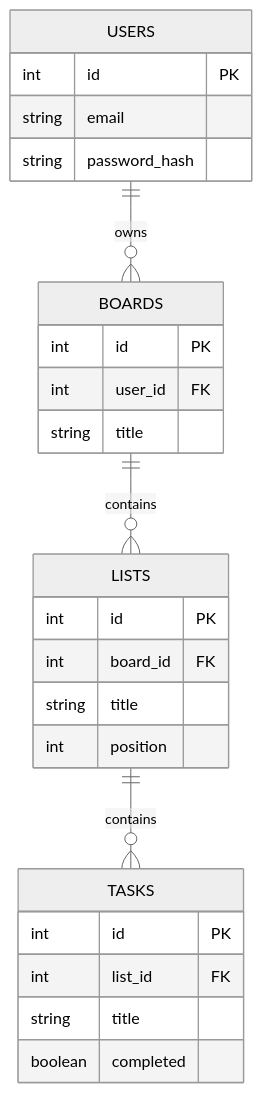
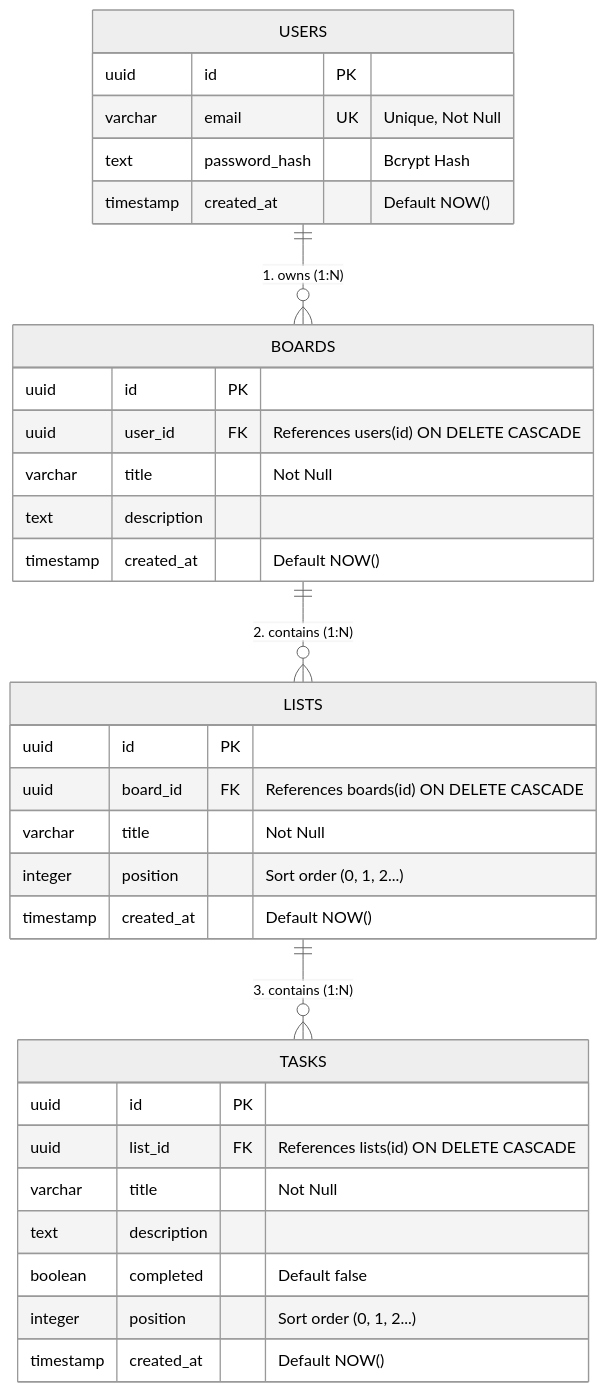
Before and after one commit to ajibolagenius/LagosDataSchool: the first of 2 diagrams in full_stack_development_class_notes/Week 16_ PostgreSQL & Drizzle ORM.md, drawn with Mermaid (neutral theme). The commit also changed other lines of this file and 3 other files, not shown here.

Commit message:
docs: enrich Module 4 (Weeks 15-18) notes with Node.js layered architecture, PostgreSQL Drizzle ORM, auth security, Zod validation, and Supertest integration tests

````diff
--- a/full_stack_development_class_notes/Week 16_ PostgreSQL & Drizzle ORM.md
+++ b/full_stack_development_class_notes/Week 16_ PostgreSQL & Drizzle ORM.md
@@ -15,28 +24,39 @@
 ```mermaid
 erDiagram
-    USERS ||--o{ BOARDS : owns
-    BOARDS ||--o{ LISTS : contains
-    LISTS ||--o{ TASKS : contains
+    USERS ||--o{ BOARDS : "1. owns (1:N)"
+    BOARDS ||--o{ LISTS : "2. contains (1:N)"
+    LISTS ||--o{ TASKS : "3. contains (1:N)"
+
     USERS {
-        int id PK
-        string email
-        string password_hash
+        uuid id PK
+        varchar email UK "Unique, Not Null"
+        text password_hash "Bcrypt Hash"
+        timestamp created_at "Default NOW()"
     }
+
     BOARDS {
-        int id PK
-        int user_id FK
-        string title
+        uuid id PK
+        uuid user_id FK "References users(id) ON DELETE CASCADE"
+        varchar title "Not Null"
+        text description
+        timestamp created_at "Default NOW()"
     }
+
     LISTS {
-        int id PK
-        int board_id FK
-        string title
-        int position
+        uuid id PK
+        uuid board_id FK "References boards(id) ON DELETE CASCADE"
+        varchar title "Not Null"
+        integer position "Sort order (0, 1, 2...)"
+        timestamp created_at "Default NOW()"
     }
+
     TASKS {
-        int id PK
-        int list_id FK
-        string title
-        boolean completed
+        uuid id PK
+        uuid list_id FK "References lists(id) ON DELETE CASCADE"
+        varchar title "Not Null"
+        text description
+        boolean completed "Default false"
+        integer position "Sort order (0, 1, 2...)"
+        timestamp created_at "Default NOW()"
     }
 ```
````
